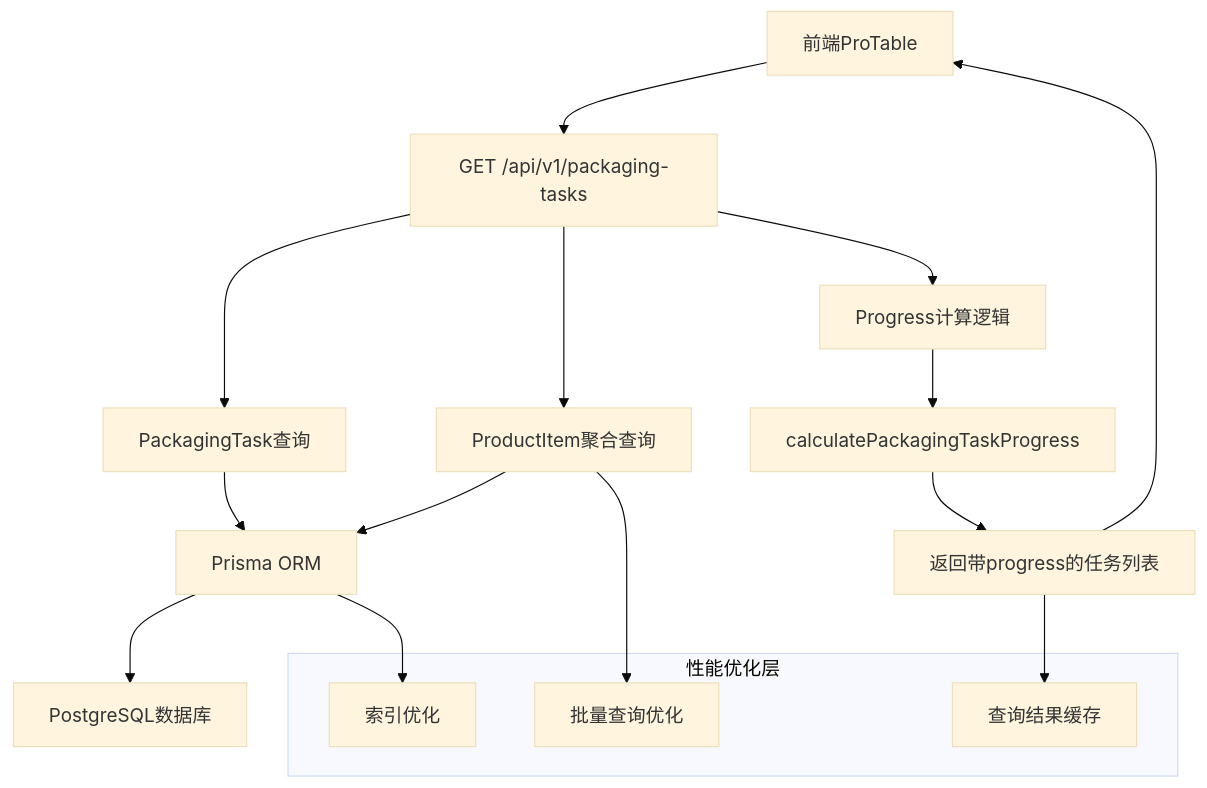
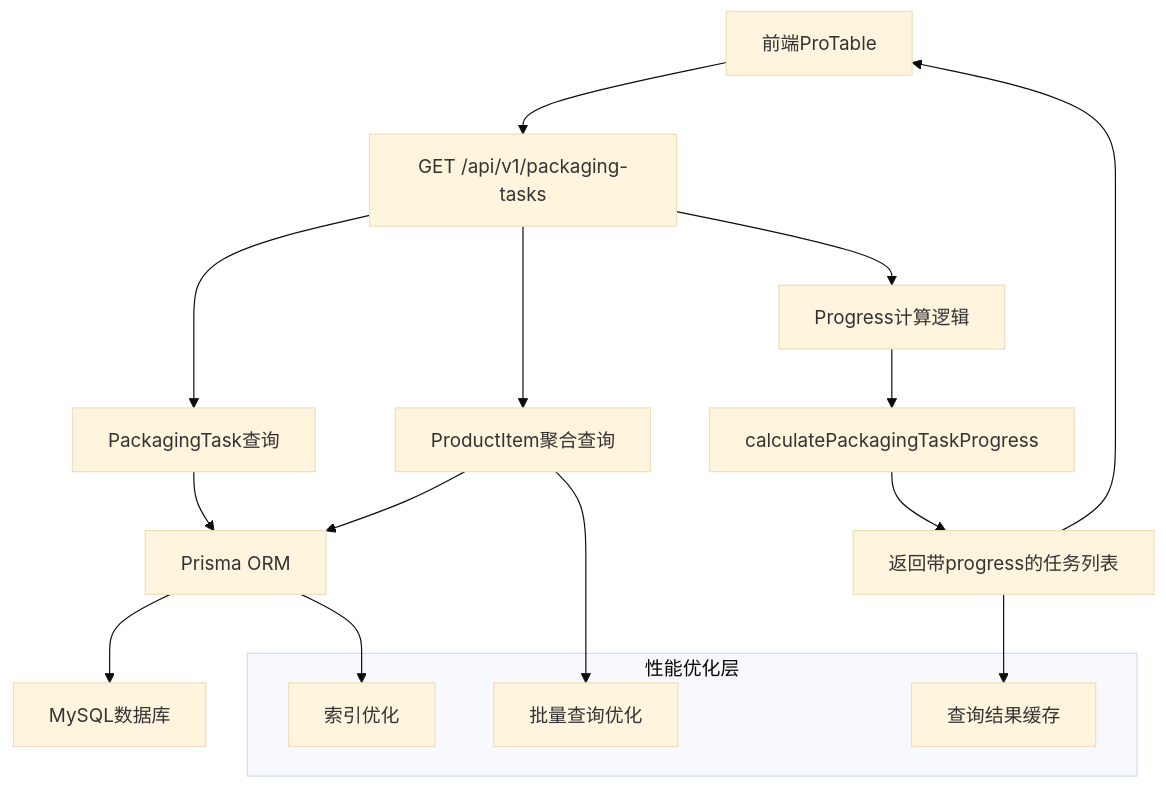
The first of 3 diagrams in docs/包装任务进度实时计算/DESIGN_包装任务进度实时计算.md (rn1024/easy-erp-web), drawn with Mermaid (base theme) before and after one commit. The commit also changed other lines of this file and 20 other files, not shown here.

````diff
--- a/docs/包装任务进度实时计算/DESIGN_包装任务进度实时计算.md
+++ b/docs/包装任务进度实时计算/DESIGN_包装任务进度实时计算.md
@@ -7,24 +7,24 @@
 ```mermaid
 graph TB
     A[前端ProTable] --> B[GET /api/v1/packaging-tasks]
     B --> C[PackagingTask查询]
     B --> D[ProductItem聚合查询]
     C --> E[Prisma ORM]
     D --> E
-    E --> F[PostgreSQL数据库]
+    E --> F[MySQL数据库]
     
     B --> G[Progress计算逻辑]
     G --> H[calculatePackagingTaskProgress]
     H --> I[返回带progress的任务列表]
     I --> A
     
     subgraph "性能优化层"
         J[批量查询优化]
         K[索引优化]
         L[查询结果缓存]
     end
     
     D --> J
     E --> K
     I --> L
 ```
````
